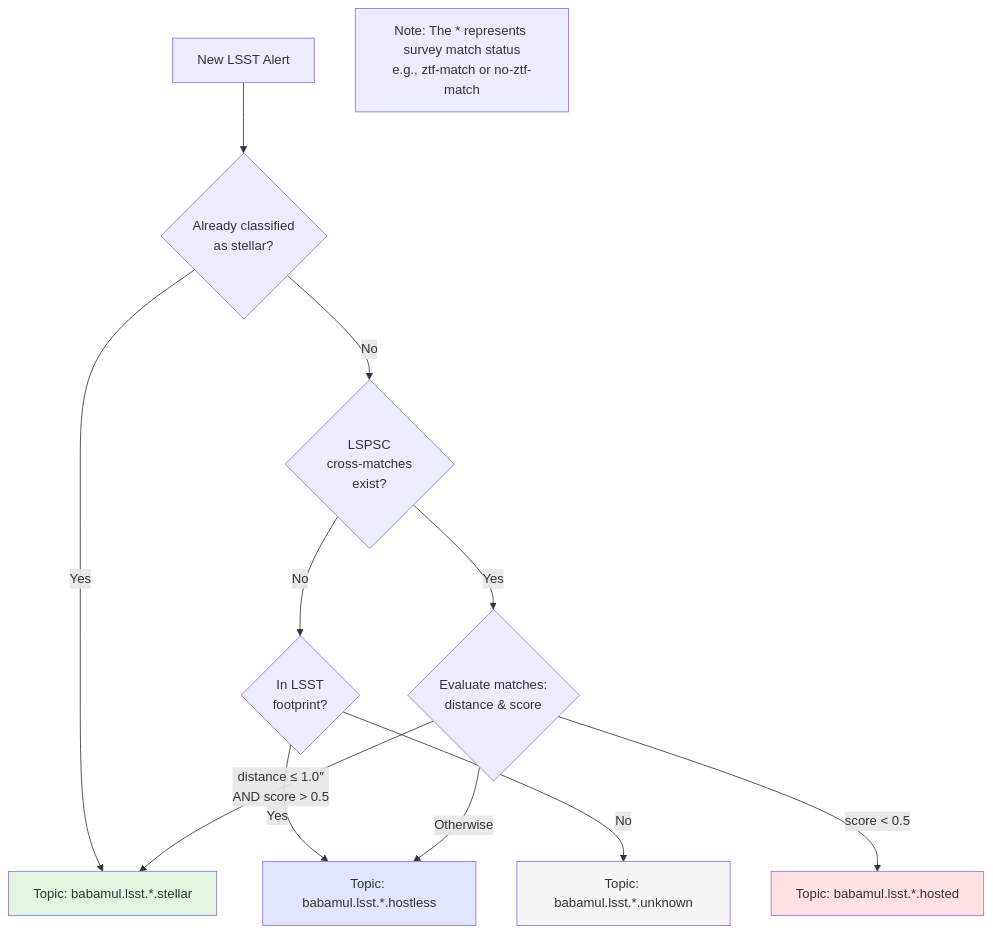
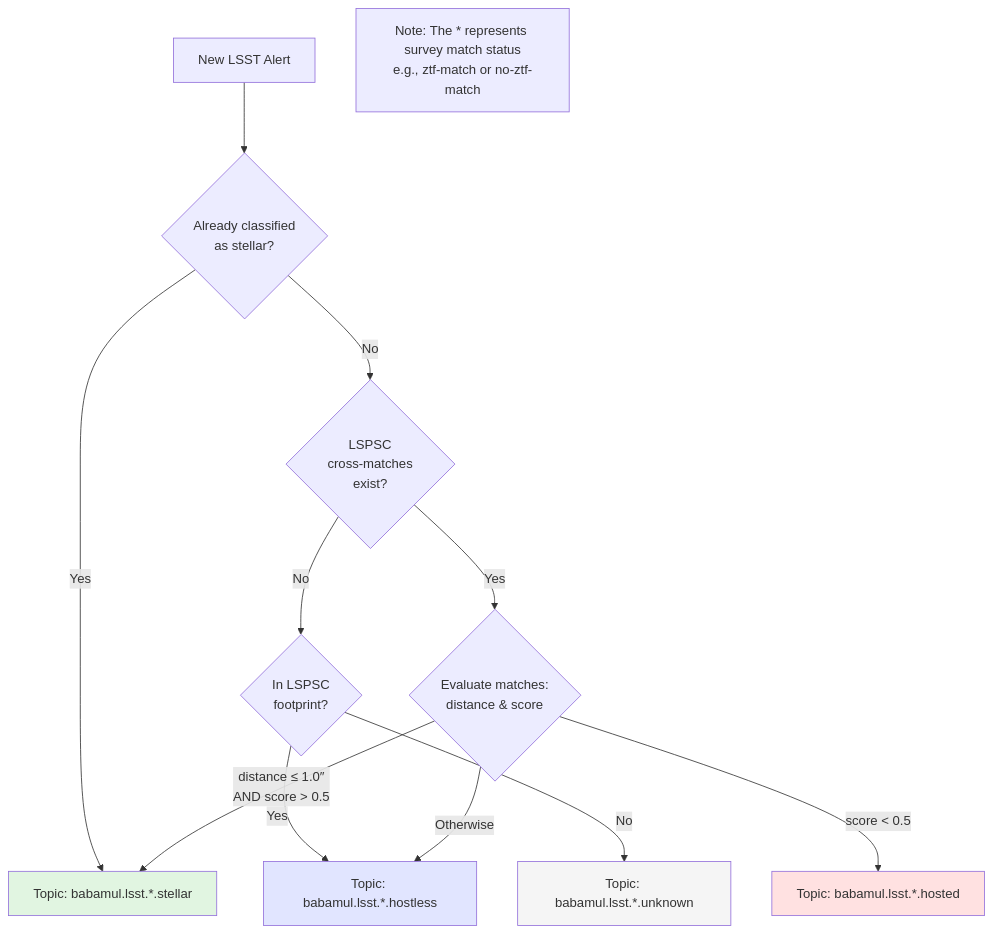
The second of 2 diagrams in docs/babamul.md (boom-astro/boom), drawn with Mermaid before and after one commit.

````diff
--- a/docs/babamul.md
+++ b/docs/babamul.md
@@ -120,22 +120,22 @@
 ```mermaid
 flowchart TD
     Alert[New LSST Alert] --> CheckStar{Already classified<br/>as stellar?}
     CheckStar -->|Yes| StellarTopic[Topic: babamul.lsst.*.stellar]
     CheckStar -->|No| CheckLSPSC{LSPSC<br/>cross-matches<br/>exist?}
 
-    CheckLSPSC -->|No| CheckFootprint{In LSST<br/>footprint?}
+    CheckLSPSC -->|No| CheckFootprint{In LSPSC<br/>footprint?}
     CheckFootprint -->|Yes| HostlessTopic[Topic: babamul.lsst.*.hostless]
     CheckFootprint -->|No| UnknownTopic[Topic: babamul.lsst.*.unknown]
 
     CheckLSPSC -->|Yes| EvalMatches{Evaluate matches:<br/>distance & score}
     EvalMatches -->|distance ≤ 1.0″<br/>AND score > 0.5| StellarTopic
     EvalMatches -->|score < 0.5| HostedTopic[Topic: babamul.lsst.*.hosted]
     EvalMatches -->|Otherwise| HostlessTopic
 
     style StellarTopic fill:#e1f5e1
     style HostedTopic fill:#ffe1e1
     style HostlessTopic fill:#e1e5ff
     style UnknownTopic fill:#f5f5f5
 
     Note1[Note: The * represents survey match status<br/>e.g., ztf-match or no-ztf-match]
 ```
````
